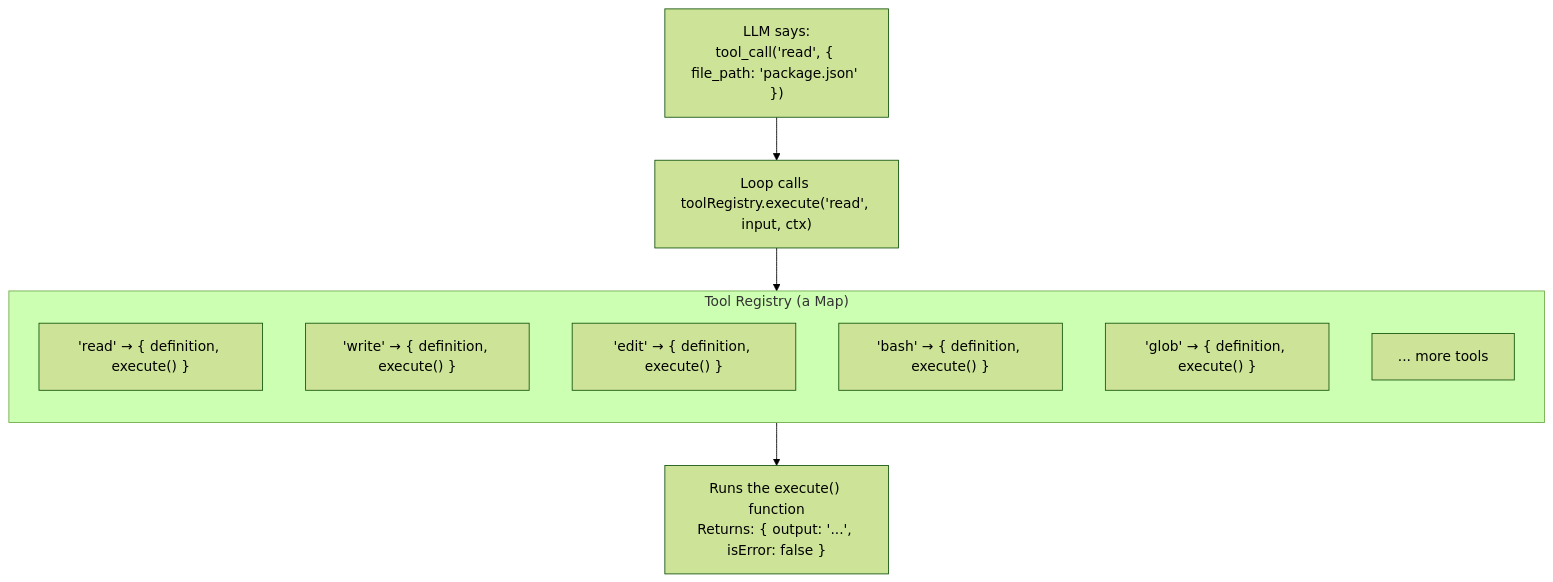
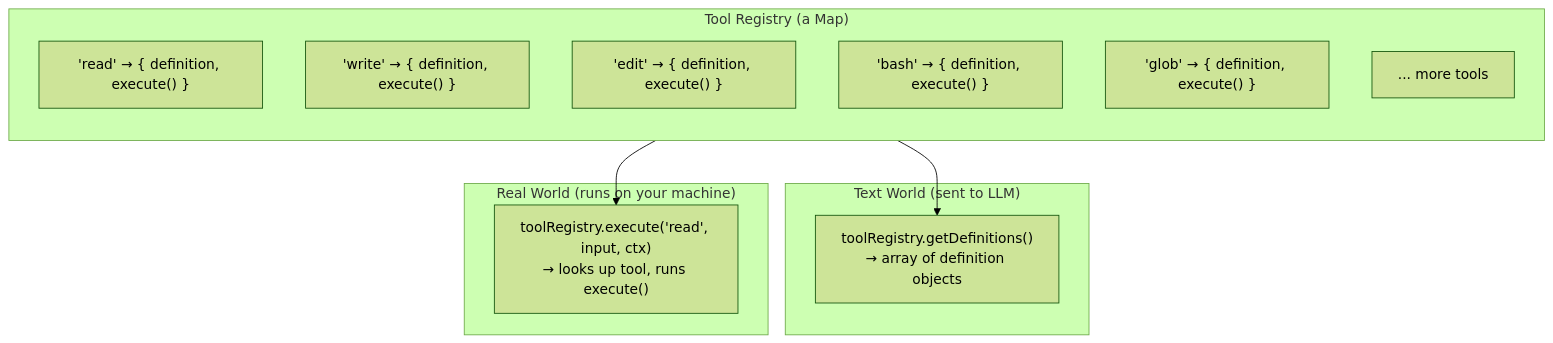
The sixth of 8 diagrams in tool-execution.md (2kages/agent-learning), drawn with Mermaid (forest theme) before and after one commit. The commit also changed other lines of this file, not shown here.

````diff
--- a/tool-execution.md
+++ b/tool-execution.md
@@ -293,20 +812,23 @@
 ```mermaid
 flowchart TD
     subgraph REGISTRY ["Tool Registry (a Map)"]
         direction TB
         T1["'read' → { definition, execute() }"]
         T2["'write' → { definition, execute() }"]
         T3["'edit' → { definition, execute() }"]
         T4["'bash' → { definition, execute() }"]
         T5["'glob' → { definition, execute() }"]
         T6["... more tools"]
     end
 
-    LLM["LLM says:<br/>tool_call('read', { file_path: 'package.json' })"]
-    LOOKUP["Loop calls toolRegistry.execute('read', input, ctx)"]
-    EXEC["Runs the execute() function<br/>Returns: { output: '...', isError: false }"]
+    subgraph TEXT_WORLD ["Text World (sent to LLM)"]
+        DEF["toolRegistry.getDefinitions()<br/>→ array of definition objects"]
+    end
 
-    LLM --> LOOKUP
-    LOOKUP --> REGISTRY
+    subgraph REAL_WORLD ["Real World (runs on your machine)"]
+        EXEC["toolRegistry.execute('read', input, ctx)<br/>→ looks up tool, runs execute()"]
+    end
+
+    REGISTRY --> DEF
     REGISTRY --> EXEC
 ```
````
